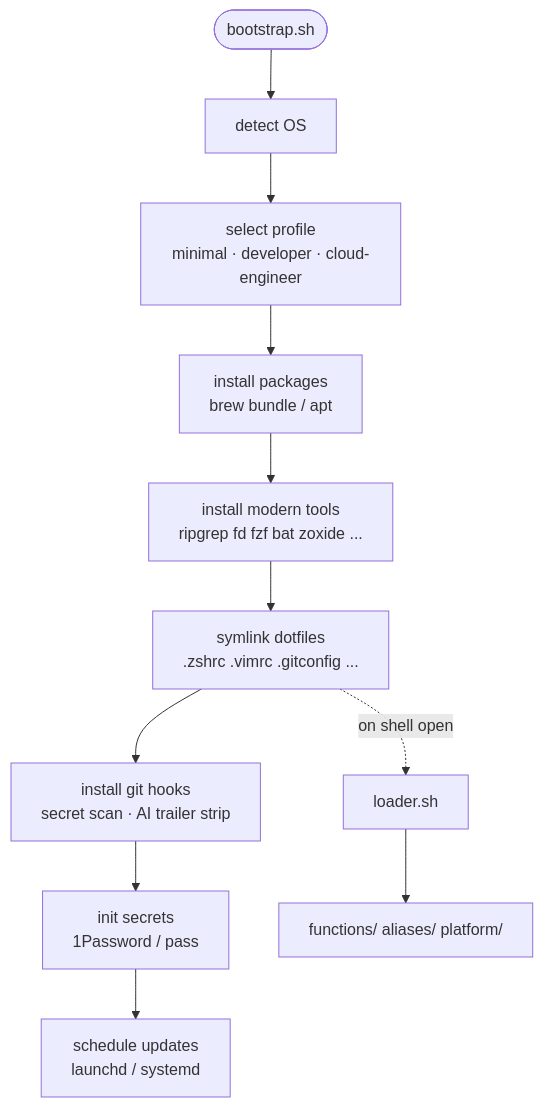
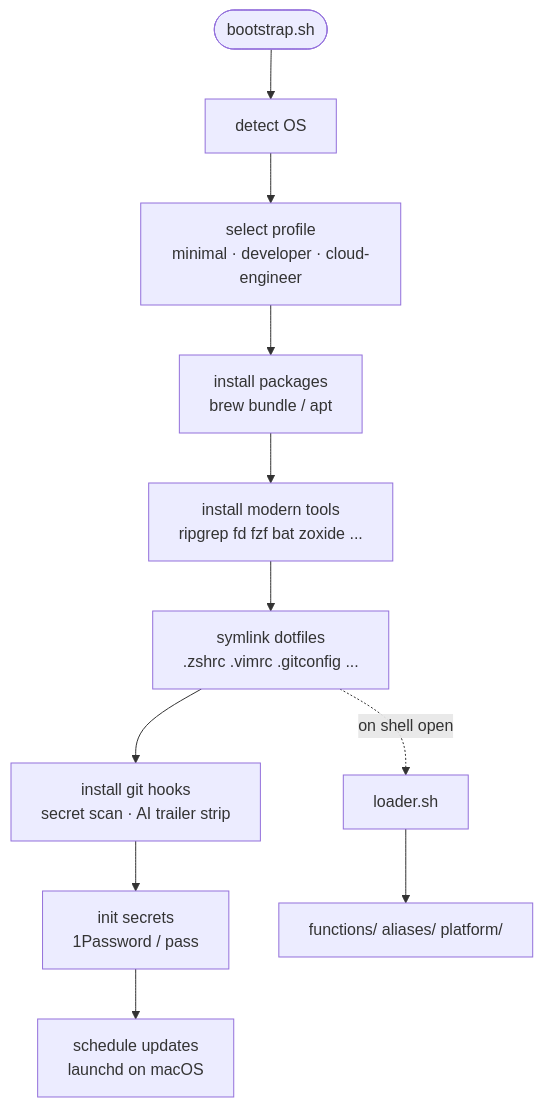
Before and after one commit to ns408/ns-bootstrap: the diagram in README.md, drawn with Mermaid. The commit also changed 3 other files, not shown here.

First line of the commit message:
docs: bring architecture notes in line with the current repo

````diff
--- a/README.md
+++ b/README.md
@@ -40,14 +40,14 @@
 ```mermaid
 flowchart TD
     A([bootstrap.sh]) --> B[detect OS]
     B --> C[select profile<br/>minimal · developer · cloud-engineer]
     C --> D[install packages<br/>brew bundle / apt]
     D --> E[install modern tools<br/>ripgrep fd fzf bat zoxide ...]
     E --> F[symlink dotfiles<br/>.zshrc .vimrc .gitconfig ...]
     F --> G[install git hooks<br/>secret scan · AI trailer strip]
     G --> H[init secrets<br/>1Password / pass]
-    H --> I[schedule updates<br/>launchd / systemd]
+    H --> I[schedule updates<br/>launchd on macOS]
 
     F -.->|on shell open| J[loader.sh]
     J --> K[functions/ aliases/ platform/]
 ```
````
